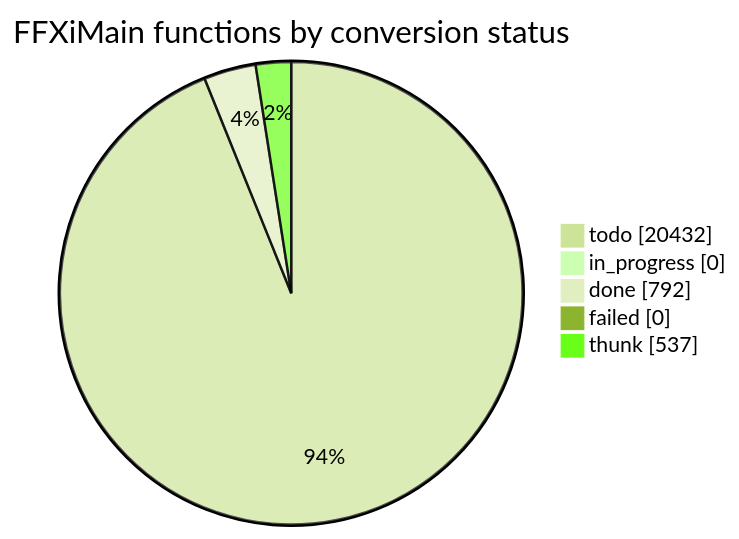
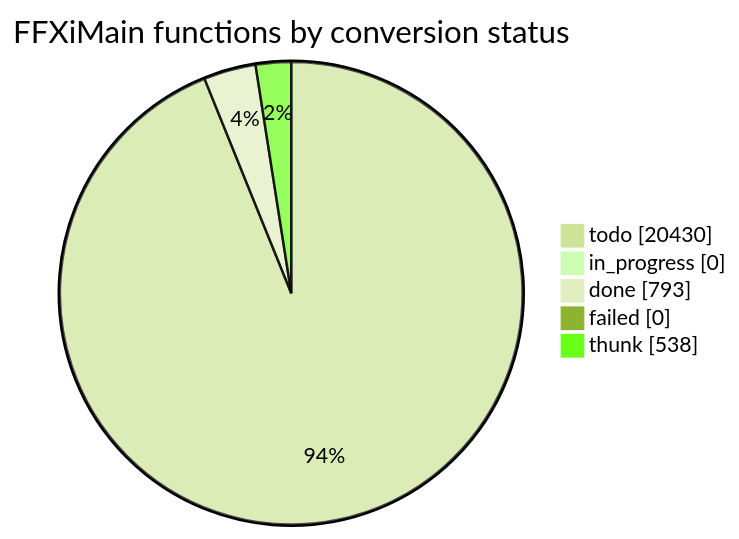
The diagram in docs/cow/STATUS.md (cowrevenge/cow_kuluu_xi_anything), drawn with Mermaid (forest theme) before and after one commit. The commit also changed other lines of this file and 9 other files, not shown here.

````diff
--- a/docs/cow/STATUS.md
+++ b/docs/cow/STATUS.md
@@ -18,9 +18,9 @@
 ```mermaid
 pie showData
     title FFXiMain functions by conversion status
-    "todo" : 20432
+    "todo" : 20430
     "in_progress" : 0
-    "done" : 792
+    "done" : 793
     "failed" : 0
-    "thunk" : 537
+    "thunk" : 538
 ```
````
